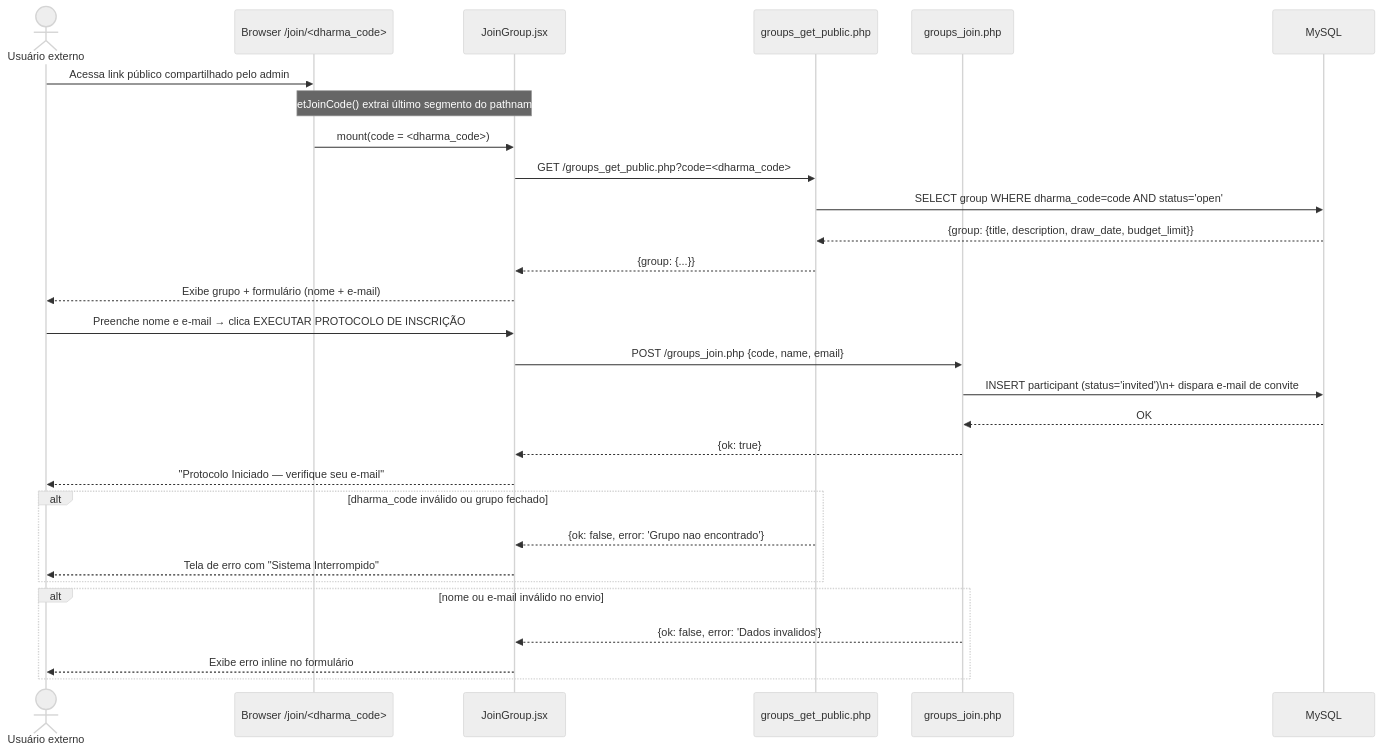
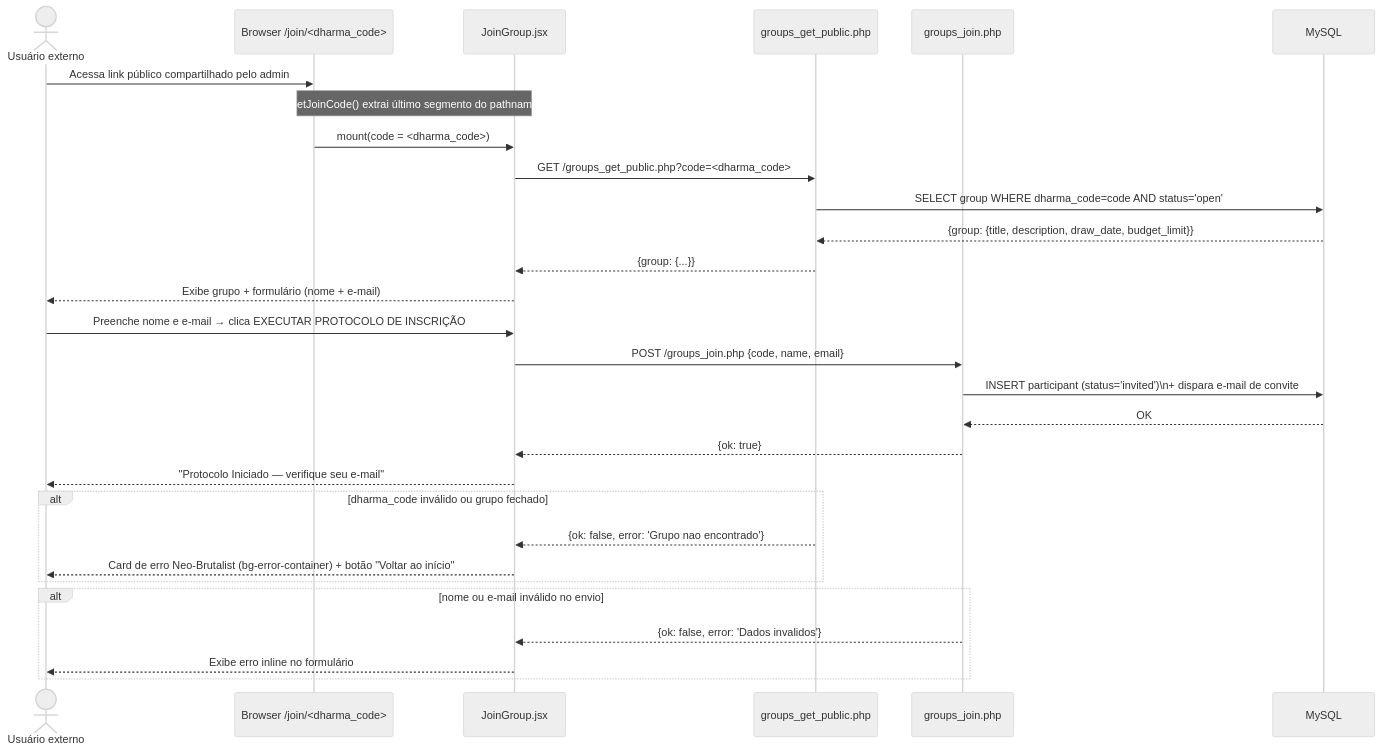
The third of 4 diagrams in docs/modules/orquestrador_grupo.md (charines/AmigoSecreto), drawn with Mermaid (neutral theme) before and after one commit. The commit also changed other lines of this file and 6 other files, not shown here.

Commit message:
feat: update project version to 1.5.0; remove legacy components and implement Neo-Brutalist design across multiple modules

````diff
--- a/docs/modules/orquestrador_grupo.md
+++ b/docs/modules/orquestrador_grupo.md
@@ -157,36 +157,36 @@
 ```mermaid
 sequenceDiagram
     actor U as Usuário externo
     participant B as Browser /join/<dharma_code>
     participant J as JoinGroup.jsx
     participant API_PUB as groups_get_public.php
     participant API_JOIN as groups_join.php
     participant DB as MySQL
 
     U->>B: Acessa link público compartilhado pelo admin
     Note over B,J: getJoinCode() extrai último segmento do pathname
 
     B->>J: mount(code = <dharma_code>)
     J->>API_PUB: GET /groups_get_public.php?code=<dharma_code>
     API_PUB->>DB: SELECT group WHERE dharma_code=code AND status='open'
     DB-->>API_PUB: {group: {title, description, draw_date, budget_limit}}
     API_PUB-->>J: {group: {...}}
     J-->>U: Exibe grupo + formulário (nome + e-mail)
 
     U->>J: Preenche nome e e-mail → clica EXECUTAR PROTOCOLO DE INSCRIÇÃO
     J->>API_JOIN: POST /groups_join.php {code, name, email}
     API_JOIN->>DB: INSERT participant (status='invited')\n+ dispara e-mail de convite
     DB-->>API_JOIN: OK
     API_JOIN-->>J: {ok: true}
     J-->>U: "Protocolo Iniciado — verifique seu e-mail"
 
     alt dharma_code inválido ou grupo fechado
         API_PUB-->>J: {ok: false, error: 'Grupo nao encontrado'}
-        J-->>U: Tela de erro com "Sistema Interrompido"
+        J-->>U: Card de erro Neo-Brutalist (bg-error-container) + botão "Voltar ao início"
     end
 
     alt nome ou e-mail inválido no envio
         API_JOIN-->>J: {ok: false, error: 'Dados invalidos'}
         J-->>U: Exibe erro inline no formulário
     end
 ```
````
